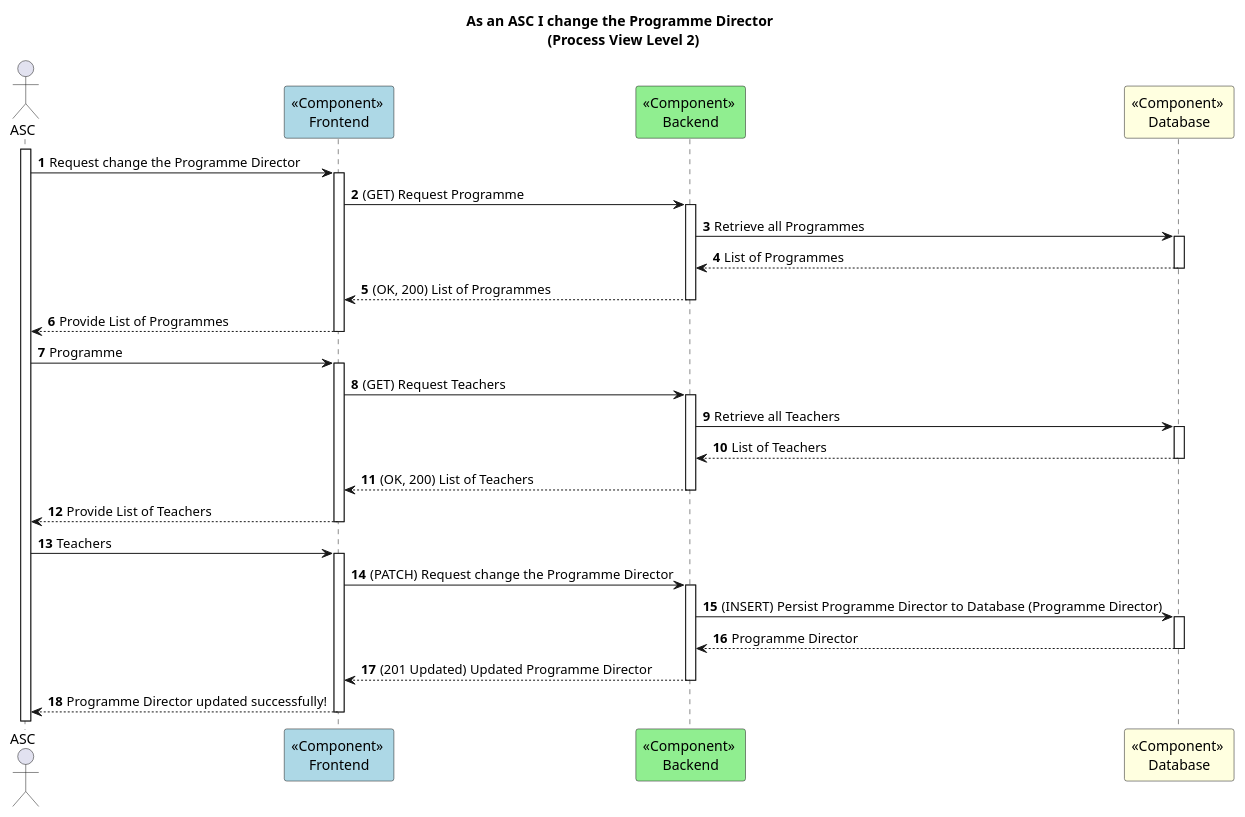
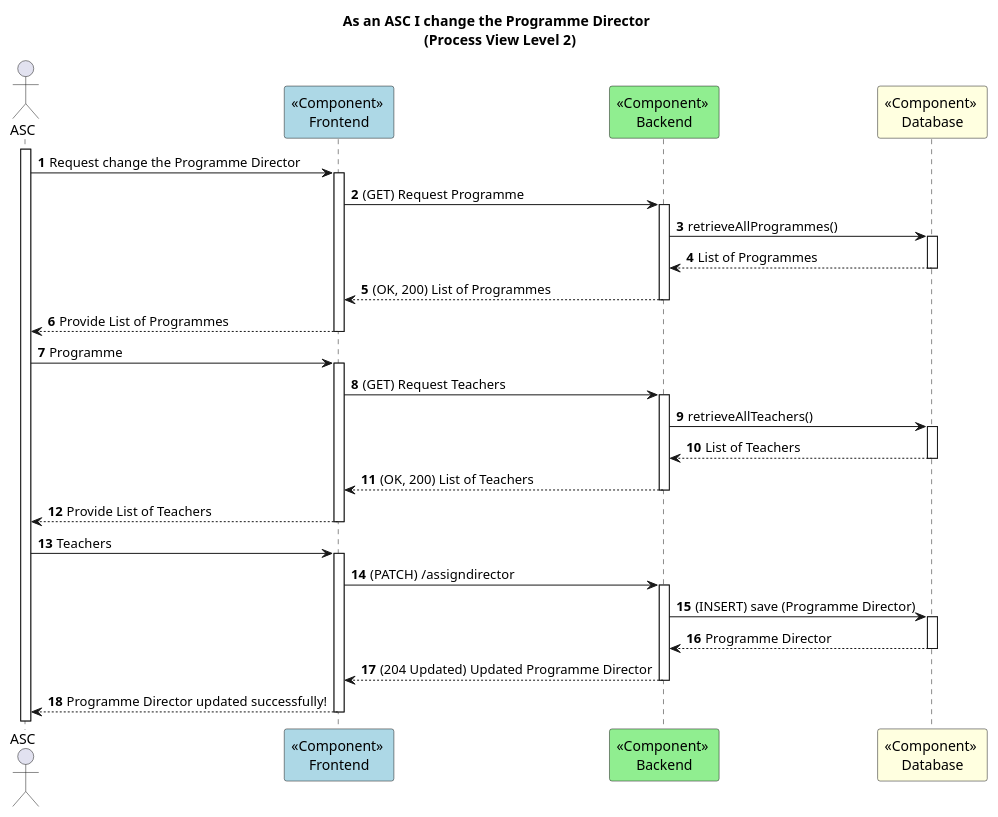
The diagram in docs/US12/Sprint6/ProcessView/Level2.puml (GasparISEP/DevOps-PAI), drawn with PlantUML before and after one commit. The commit also changed 1 other file, not shown here.

Commit message:
Refs #505, #573, Alteration of diagrams

```diff
--- a/docs/US12/Sprint6/ProcessView/Level2.puml
+++ b/docs/US12/Sprint6/ProcessView/Level2.puml
@@ -1,34 +1,34 @@
 @startuml
 
 autonumber
 
 title As an ASC I change the Programme Director \n (Process View Level 2)
 
 actor ASC as Admin
 participant "<<Component>> \nFrontend" as FE #lightblue
 participant "<<Component>> \nBackend" as BE #lightgreen
 participant "<<Component>> \nDatabase" as BD #lightyellow
 
 activate Admin
 Admin -> FE ++: Request change the Programme Director
 FE -> BE ++: (GET) Request Programme
-BE -> BD ++: Retrieve all Programmes
+BE -> BD ++: retrieveAllProgrammes()
 BD --> BE --: List of Programmes
 BE --> FE --: (OK, 200) List of Programmes
 FE --> Admin --: Provide List of Programmes
 Admin -> FE ++: Programme
 
 FE -> BE ++: (GET) Request Teachers
-BE -> BD ++: Retrieve all Teachers
+BE -> BD ++: retrieveAllTeachers()
 BD --> BE --: List of Teachers
 BE --> FE --: (OK, 200) List of Teachers
 FE --> Admin --: Provide List of Teachers
 Admin -> FE ++: Teachers
 
-FE -> BE ++: (PATCH) Request change the Programme Director
-BE -> BD ++: (INSERT) Persist Programme Director to Database (Programme Director)
+FE -> BE ++: (PATCH) /assigndirector
+BE -> BD ++: (INSERT) save (Programme Director)
 BD --> BE --: Programme Director
-BE --> FE --: (201 Updated) Updated Programme Director
+BE --> FE --: (204 Updated) Updated Programme Director
 FE --> Admin --: Programme Director updated successfully!
 
 @enduml
```
